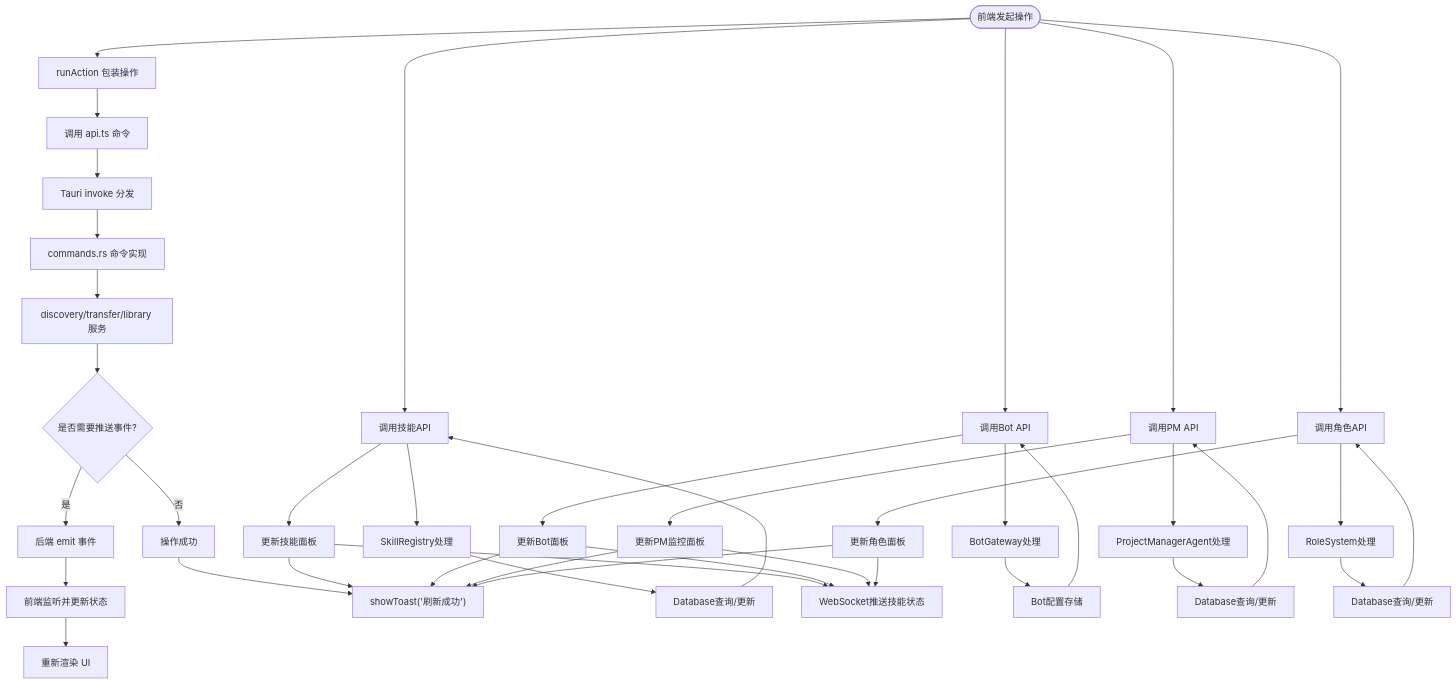
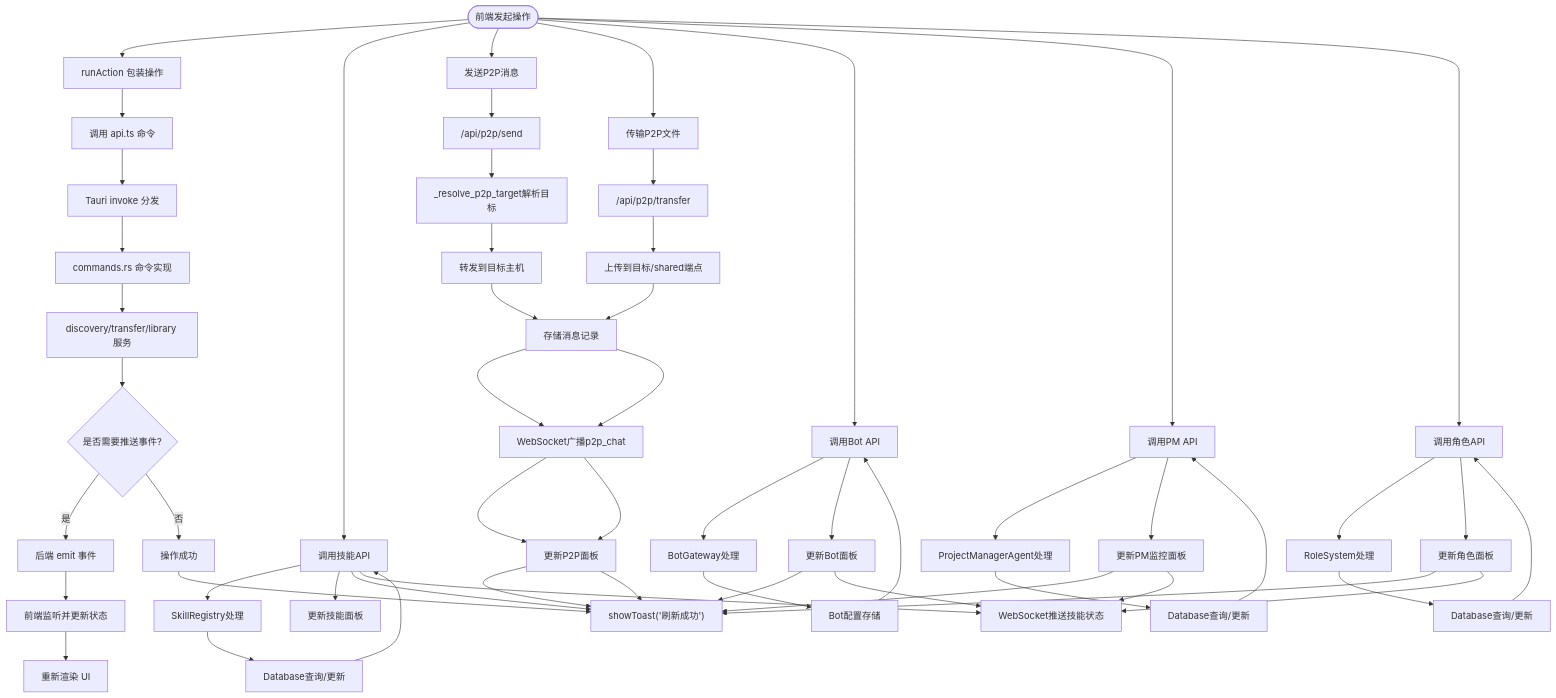
One commit to targalian/Personal-distributed-workstation changed the fourth of 5 diagrams in .qoder/repowiki/zh/content/前端应用架构/前端应用架构.md. Above: the diagram before and after it, drawn with Mermaid. The commit also changed other lines of this file and 145 other files, not shown here.

````diff
--- a/.qoder/repowiki/zh/content/前端应用架构/前端应用架构.md
+++ b/.qoder/repowiki/zh/content/前端应用架构/前端应用架构.md
@@ -779,42 +1126,57 @@
 ```mermaid
 flowchart TD
 Start(["前端发起操作"]) --> RunAction["runAction 包装操作"]
 RunAction --> Invoke["调用 api.ts 命令"]
 Invoke --> TauriInvoke["Tauri invoke 分发"]
 TauriInvoke --> CmdImpl["commands.rs 命令实现"]
 CmdImpl --> ServiceOps["discovery/transfer/library 服务"]
 ServiceOps --> EmitEvt{"是否需要推送事件?"}
 EmitEvt --> |是| FrontEvt["后端 emit 事件"]
 FrontEvt --> FEListen["前端监听并更新状态"]
 EmitEvt --> |否| Success["操作成功"]
 Success --> ShowToast["showToast('刷新成功')"]
 FEListen --> Render["重新渲染 UI"]
 Start --> SkillsAPI["调用技能API"]
 SkillsAPI --> SkillRegistry["SkillRegistry处理"]
 SkillRegistry --> SkillDB["Database查询/更新"]
 SkillDB --> SkillsAPI
 SkillsAPI --> SkillsUI["更新技能面板"]
-SkillsUI --> ShowToast
-SkillsUI --> WS["WebSocket推送技能状态"]
+SkillsAPI --> ShowToast
+SkillsAPI --> WS["WebSocket推送技能状态"]
+Start --> P2PSend["发送P2P消息"]
+P2PSend --> P2PAPI["/api/p2p/send"]
+P2PAPI --> P2PResolve["_resolve_p2p_target解析目标"]
+P2PResolve --> P2PForward["转发到目标主机"]
+P2PForward --> P2PStore["存储消息记录"]
+P2PStore --> P2PWS["WebSocket广播p2p_chat"]
+P2PWS --> P2PUI["更新P2P面板"]
+P2PUI --> ShowToast
+Start --> P2PFile["传输P2P文件"]
+P2PFile --> P2PTransfer["/api/p2p/transfer"]
+P2PTransfer --> SharedAPI["上传到目标/shared端点"]
+SharedAPI --> P2PStore
+P2PStore --> P2PWS
+P2PWS --> P2PUI
+P2PUI --> ShowToast
 Start --> BotAPI["调用Bot API"]
 BotAPI --> BotGW["BotGateway处理"]
 BotGW --> BotDB["Bot配置存储"]
 BotDB --> BotAPI
 BotAPI --> BotUI["更新Bot面板"]
 BotUI --> ShowToast
 BotUI --> WS
 Start --> PMAPI["调用PM API"]
 PMAPI --> PMAgent["ProjectManagerAgent处理"]
 PMAgent --> PMDB["Database查询/更新"]
 PMDB --> PMAPI
 PMAPI --> PMUI["更新PM监控面板"]
 PMUI --> ShowToast
 PMUI --> WS
 Start --> RoleAPI["调用角色API"]
 RoleAPI --> RoleSystem["RoleSystem处理"]
 RoleSystem --> RoleDB["Database查询/更新"]
 RoleDB --> RoleAPI
 RoleAPI --> RoleUI["更新角色面板"]
 RoleUI --> ShowToast
 RoleUI --> WS
 ```
````
